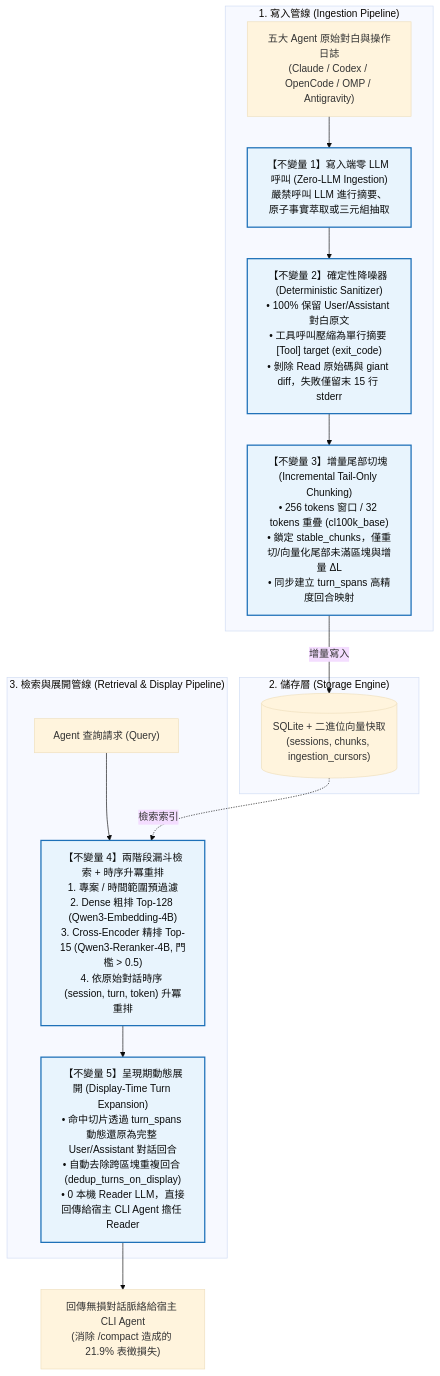
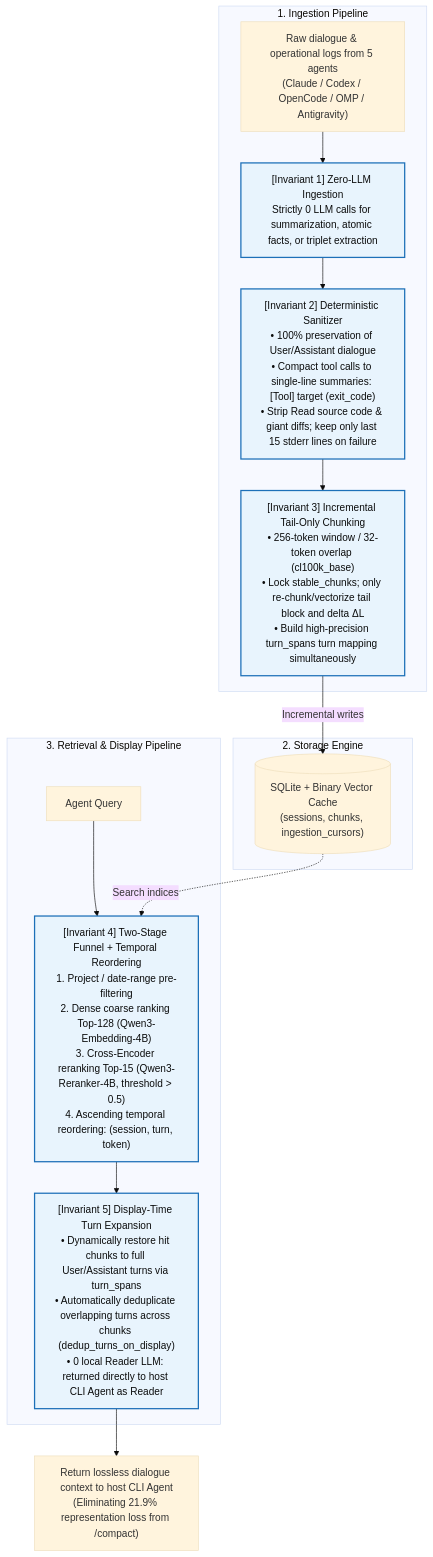
One commit to yhsung/agent-raw-rag-mcp changed the diagram in README.md. Above: the diagram before and after it, drawn with Mermaid (base theme). The commit also changed other lines of this file and 6 other files, not shown here.

````diff
--- a/README.md
+++ b/README.md
@@ -22,39 +29,39 @@
 ```mermaid
 flowchart TD
-    %% 寫入端管線
-    subgraph S1["1. 寫入管線 (Ingestion Pipeline)"]
-        RAW["五大 Agent 原始對白與操作日誌<br/>(Claude / Codex / OpenCode / OMP / Antigravity)"]
+    %% Ingestion Pipeline
+    subgraph S1["1. Ingestion Pipeline"]
+        RAW["Raw dialogue & operational logs from 5 agents<br/>(Claude / Codex / OpenCode / OMP / Antigravity)"]
         
-        INV1["【不變量 1】寫入端零 LLM 呼叫 (Zero-LLM Ingestion)<br/>嚴禁呼叫 LLM 進行摘要、原子事實萃取或三元組抽取"]
+        INV1["[Invariant 1] Zero-LLM Ingestion<br/>Strictly 0 LLM calls for summarization, atomic facts, or triplet extraction"]
         RAW --> INV1
         
-        INV2["【不變量 2】確定性降噪器 (Deterministic Sanitizer)<br/>• 100% 保留 User/Assistant 對白原文<br/>• 工具呼叫壓縮為單行摘要 [Tool] target (exit_code)<br/>• 剝除 Read 原始碼與 giant diff，失敗僅留末 15 行 stderr"]
+        INV2["[Invariant 2] Deterministic Sanitizer<br/>• 100% preservation of User/Assistant dialogue<br/>• Compact tool calls to single-line summaries: [Tool] target (exit_code)<br/>• Strip Read source code & giant diffs; keep only last 15 stderr lines on failure"]
         INV1 --> INV2
         
-        INV3["【不變量 3】增量尾部切塊 (Incremental Tail-Only Chunking)<br/>• 256 tokens 窗口 / 32 tokens 重疊 (cl100k_base)<br/>• 鎖定 stable_chunks，僅重切/向量化尾部未滿區塊與增量 ΔL<br/>• 同步建立 turn_spans 高精度回合映射"]
+        INV3["[Invariant 3] Incremental Tail-Only Chunking<br/>• 256-token window / 32-token overlap (cl100k_base)<br/>• Lock stable_chunks; only re-chunk/vectorize tail block and delta ΔL<br/>• Build high-precision turn_spans turn mapping simultaneously"]
         INV2 --> INV3
     end
 
-    %% 儲存層
-    subgraph S2["2. 儲存層 (Storage Engine)"]
-        DB[("SQLite + 二進位向量快取<br/>(sessions, chunks, ingestion_cursors)")]
-        INV3 -->|增量寫入| DB
+    %% Storage Engine
+    subgraph S2["2. Storage Engine"]
+        DB[("SQLite + Binary Vector Cache<br/>(sessions, chunks, ingestion_cursors)")]
+        INV3 -->|Incremental writes| DB
     end
 
-    %% 檢索與展開管線
-    subgraph S3["3. 檢索與展開管線 (Retrieval & Display Pipeline)"]
-        QUERY["Agent 查詢請求 (Query)"]
+    %% Retrieval & Display Pipeline
+    subgraph S3["3. Retrieval & Display Pipeline"]
+        QUERY["Agent Query"]
         
-        INV4["【不變量 4】兩階段漏斗檢索 + 時序升冪重排<br/>1. 專案 / 時間範圍預過濾<br/>2. Dense 粗排 Top-128 (Qwen3-Embedding-4B)<br/>3. Cross-Encoder 精排 Top-15 (Qwen3-Reranker-4B, 門檻 > 0.5)<br/>4. 依原始對話時序 (session, turn, token) 升冪重排"]
+        INV4["[Invariant 4] Two-Stage Funnel + Temporal Reordering<br/>1. Project / date-range pre-filtering<br/>2. Dense coarse ranking Top-128 (Qwen3-Embedding-4B)<br/>3. Cross-Encoder reranking Top-15 (Qwen3-Reranker-4B, threshold > 0.5)<br/>4. Ascending temporal reordering: (session, turn, token)"]
         QUERY --> INV4
-        DB -.->|檢索索引| INV4
+        DB -.->|Search indices| INV4
         
-        INV5["【不變量 5】呈現期動態展開 (Display-Time Turn Expansion)<br/>• 命中切片透過 turn_spans 動態還原為完整 User/Assistant 對話回合<br/>• 自動去除跨區塊重複回合 (dedup_turns_on_display)<br/>• 0 本機 Reader LLM，直接回傳給宿主 CLI Agent 擔任 Reader"]
+        INV5["[Invariant 5] Display-Time Turn Expansion<br/>• Dynamically restore hit chunks to full User/Assistant turns via turn_spans<br/>• Automatically deduplicate overlapping turns across chunks (dedup_turns_on_display)<br/>• 0 local Reader LLM: returned directly to host CLI Agent as Reader"]
         INV4 --> INV5
     end
 
-    INV5 --> OUT["回傳無損對話脈絡給宿主 CLI Agent<br/>(消除 /compact 造成的 21.9% 表徵損失)"]
+    INV5 --> OUT["Return lossless dialogue context to host CLI Agent<br/>(Eliminating 21.9% representation loss from /compact)"]
 
     classDef inv fill:#e8f4fd,stroke:#1d70b8,stroke-width:2px,color:#0b0c0c;
     class INV1,INV2,INV3,INV4,INV5 inv;
 ```
````
